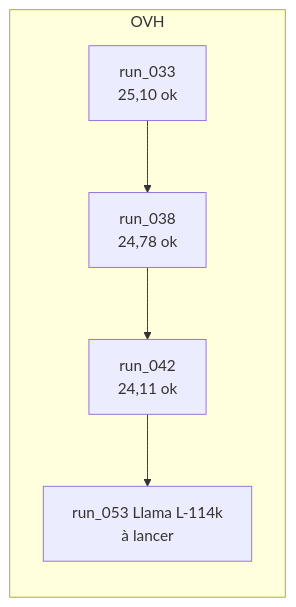
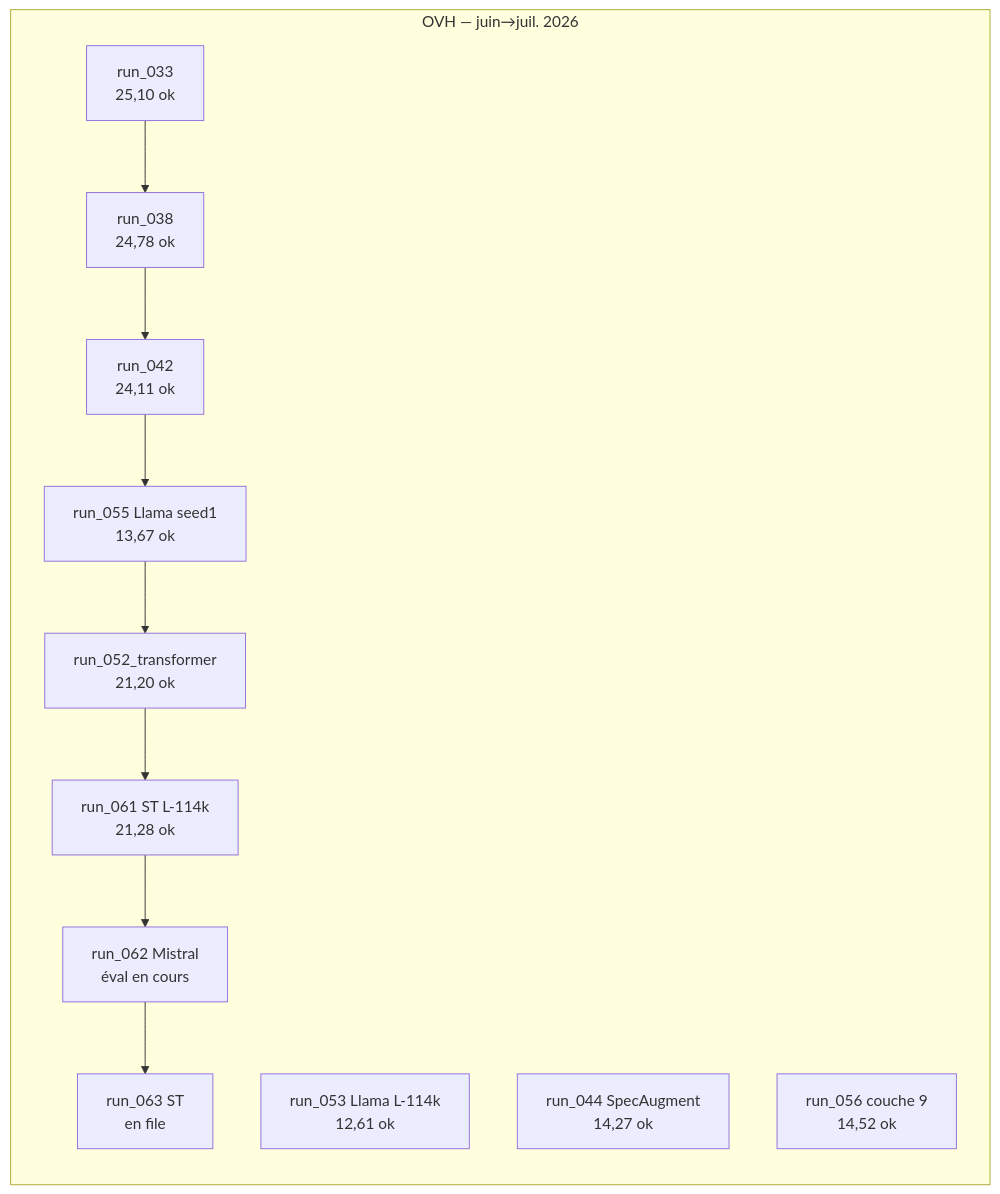
The first of 2 diagrams in documentation/recommandations.md (crispyfunicular/Pantagruel_S3T), drawn with Mermaid before and after one commit. The commit also changed other lines of this file and 4 other files, not shown here.

````diff
--- a/documentation/recommandations.md
+++ b/documentation/recommandations.md
@@ -78,10 +89,17 @@
 ```mermaid
 flowchart LR
-  subgraph ovh [OVH]
+  subgraph ovh [OVH — juin→juil. 2026]
     r033["run_033\n25,10 ok"]
     r038["run_038\n24,78 ok"]
     r042["run_042\n24,11 ok"]
-    r053["run_053 Llama L-114k\nà lancer"]
-    r033 --> r038 --> r042 --> r053
+    r053["run_053 Llama L-114k\n12,61 ok"]
+    r044["run_044 SpecAugment\n14,27 ok"]
+    r056["run_056 couche 9\n14,52 ok"]
+    r055["run_055 Llama seed1\n13,67 ok"]
+    r052t["run_052_transformer\n21,20 ok"]
+    r061["run_061 ST L-114k\n21,28 ok"]
+    r062["run_062 Mistral\néval en cours"]
+    r063["run_063 ST\nen file"]
+    r033 --> r038 --> r042 --> r055 --> r052t --> r061 --> r062 --> r063
   end
 ```
````
